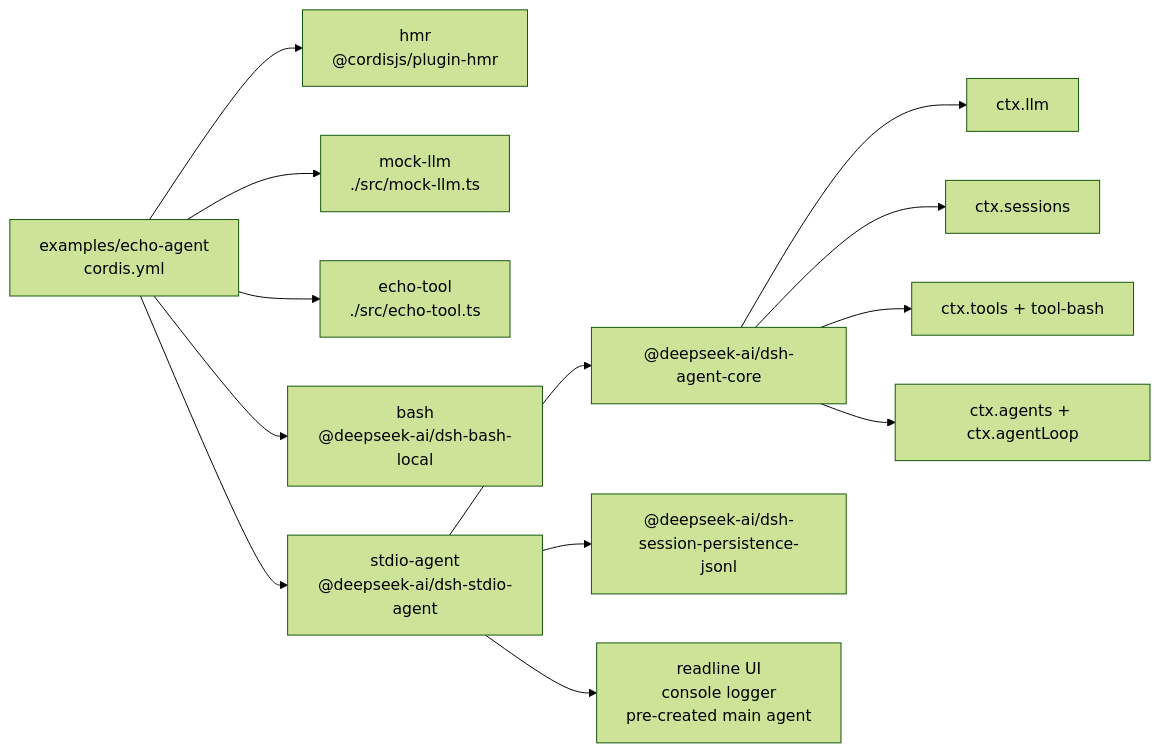
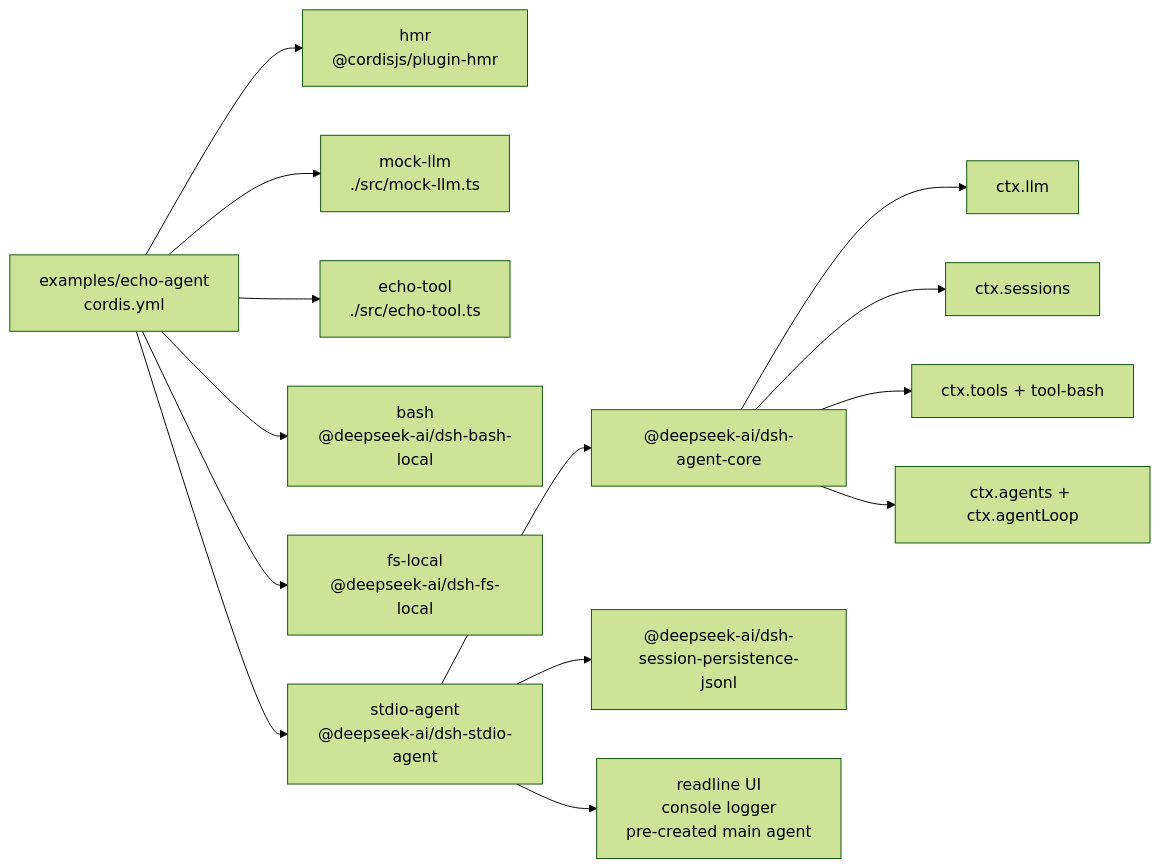
The diagram in examples/echo-agent/composition.md (007M7/DeepCode), drawn with Mermaid (forest theme) before and after one commit. The commit also changed other lines of this file and 12 other files, not shown here.

````diff
--- a/examples/echo-agent/composition.md
+++ b/examples/echo-agent/composition.md
@@ -8,21 +8,23 @@
 ```mermaid
 flowchart LR
   cfg["examples/echo-agent<br/>cordis.yml"]
   plugin_echo_hmr["hmr<br/>@cordisjs/plugin-hmr"]
   cfg --> plugin_echo_hmr
   plugin_echo_mock_llm["mock-llm<br/>./src/mock-llm.ts"]
   cfg --> plugin_echo_mock_llm
   plugin_echo_echo_tool["echo-tool<br/>./src/echo-tool.ts"]
   cfg --> plugin_echo_echo_tool
   plugin_echo_bash["bash<br/>@deepseek-ai/dsh-bash-local"]
   cfg --> plugin_echo_bash
+  plugin_echo_fs_local["fs-local<br/>@deepseek-ai/dsh-fs-local"]
+  cfg --> plugin_echo_fs_local
   plugin_echo_stdio_agent["stdio-agent<br/>@deepseek-ai/dsh-stdio-agent"]
   cfg --> plugin_echo_stdio_agent
   plugin_echo_stdio_agent --> bundle_agent_core["@deepseek-ai/dsh-agent-core"]
   plugin_echo_stdio_agent --> bundle_jsonl["@deepseek-ai/dsh-session-persistence-jsonl"]
   plugin_echo_stdio_agent --> frontdoor_stdio["readline UI<br/>console logger<br/>pre-created main agent"]
   bundle_agent_core --> spine_llm["ctx.llm"]
   bundle_agent_core --> spine_sessions["ctx.sessions"]
   bundle_agent_core --> spine_tools["ctx.tools + tool-bash"]
   bundle_agent_core --> spine_loop["ctx.agents + ctx.agentLoop"]
 ```
````
